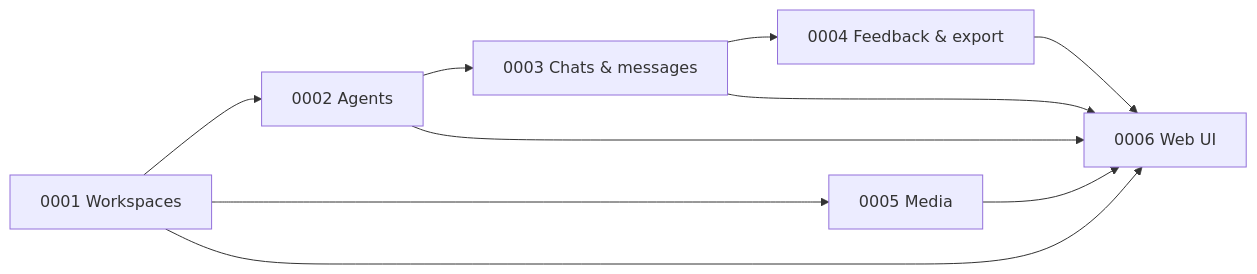
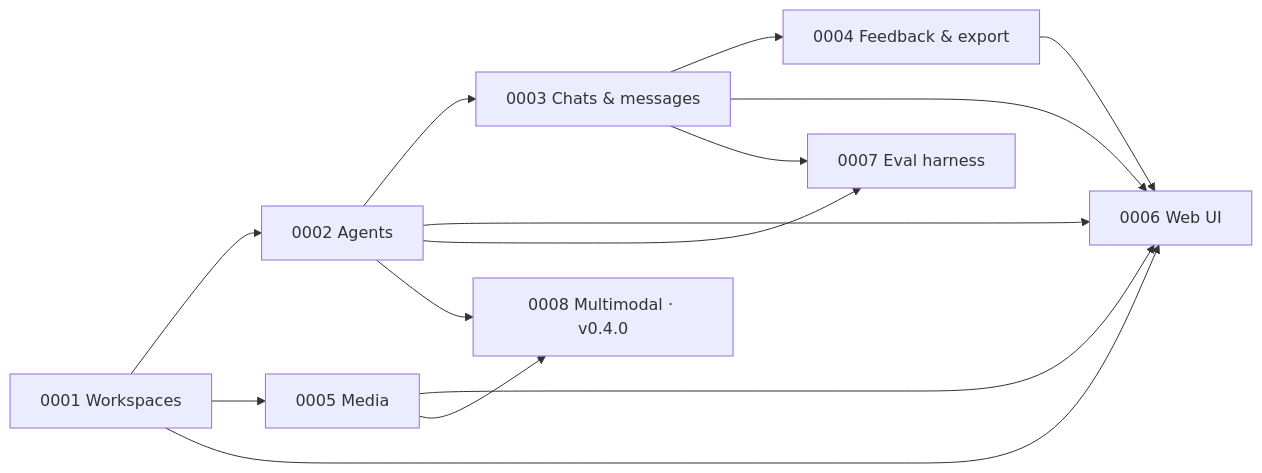
The diagram in docs/ROADMAP.md (jvrmaia/chatlab), drawn with Mermaid before and after one commit. The commit also changed other lines of this file and 13 other files, not shown here.

````diff
--- a/docs/ROADMAP.md
+++ b/docs/ROADMAP.md
@@ -9,12 +9,16 @@
 ```mermaid
 graph LR
   C0001["0001 Workspaces"] --> C0002["0002 Agents"]
   C0001 --> C0005["0005 Media"]
   C0002 --> C0003["0003 Chats &amp; messages"]
   C0003 --> C0004["0004 Feedback &amp; export"]
   C0003 --> C0006["0006 Web UI"]
   C0001 --> C0006
   C0002 --> C0006
   C0004 --> C0006
   C0005 --> C0006
+  C0003 --> C0007["0007 Eval harness"]
+  C0002 --> C0007
+  C0005 --> C0008["0008 Multimodal · v0.4.0"]
+  C0002 --> C0008
 ```
````
